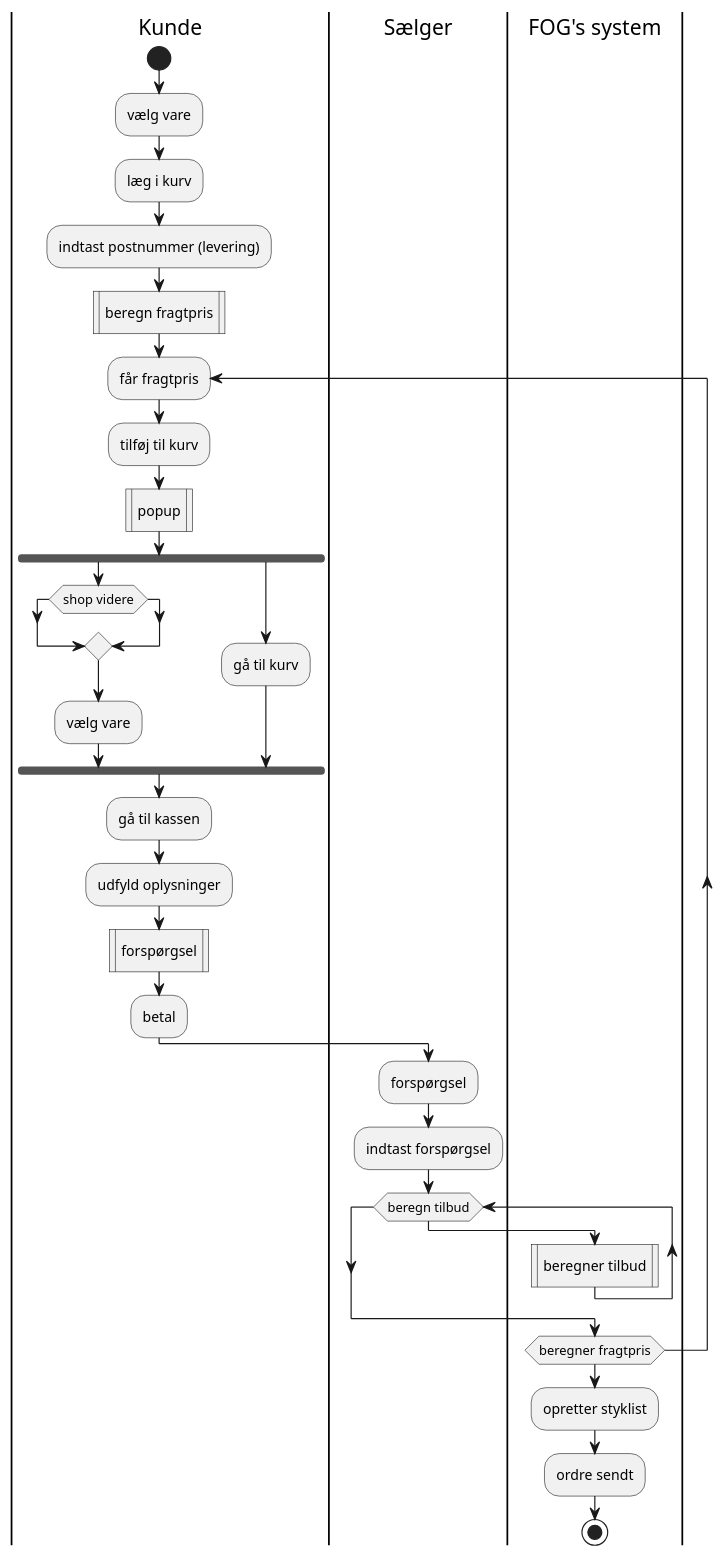
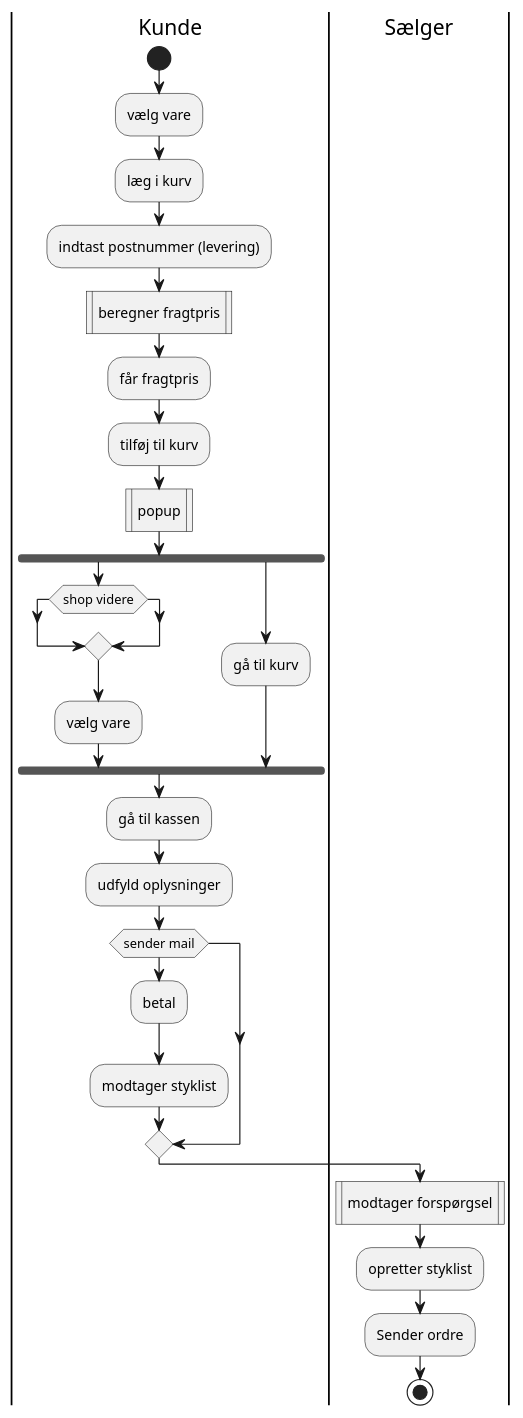
One commit to RodneyMuyanga/2.-semesterprojekt-FOG changed the diagram in src/main/resources/diagrams/Activitydiagram/AS IS FOG.puml. Above: the diagram before and after it, drawn with PlantUML. The commit also changed 3 other files, not shown here.

Commit message:
Updateret aktivitets diagram.

```diff
--- a/src/main/resources/diagrams/Activitydiagram/AS IS FOG.puml
+++ b/src/main/resources/diagrams/Activitydiagram/AS IS FOG.puml
@@ -1,39 +1,31 @@
 @startuml
 |Kunde|
 start
     :vælg vare;
     :læg i kurv;
     :indtast postnummer (levering);
-    :beregn fragtpris|
-repeat:får fragtpris;
+    :beregner fragtpris|
+    :får fragtpris;
     :tilføj til kurv;
     :popup|
 fork
 if(shop videre) then
 end if
     :vælg vare;
 
 fork again
     :gå til kurv;
 endfork
     :gå til kassen;
     :udfyld oplysninger;
-    :forspørgsel|
+    if(sender mail)
     :betal;
+    :modtager styklist;
+    endif
 
 |Sælger|
-    :forspørgsel;
-    :indtast forspørgsel;
-
-while (beregn tilbud)
-
-|FOG's system|
-
-    :beregner tilbud|
-endwhile
-repeat while (beregner fragtpris)
+    :modtager forspørgsel|
     :opretter styklist;
-    :ordre sendt;
-
+    :Sender ordre;
 stop
 @enduml
```
